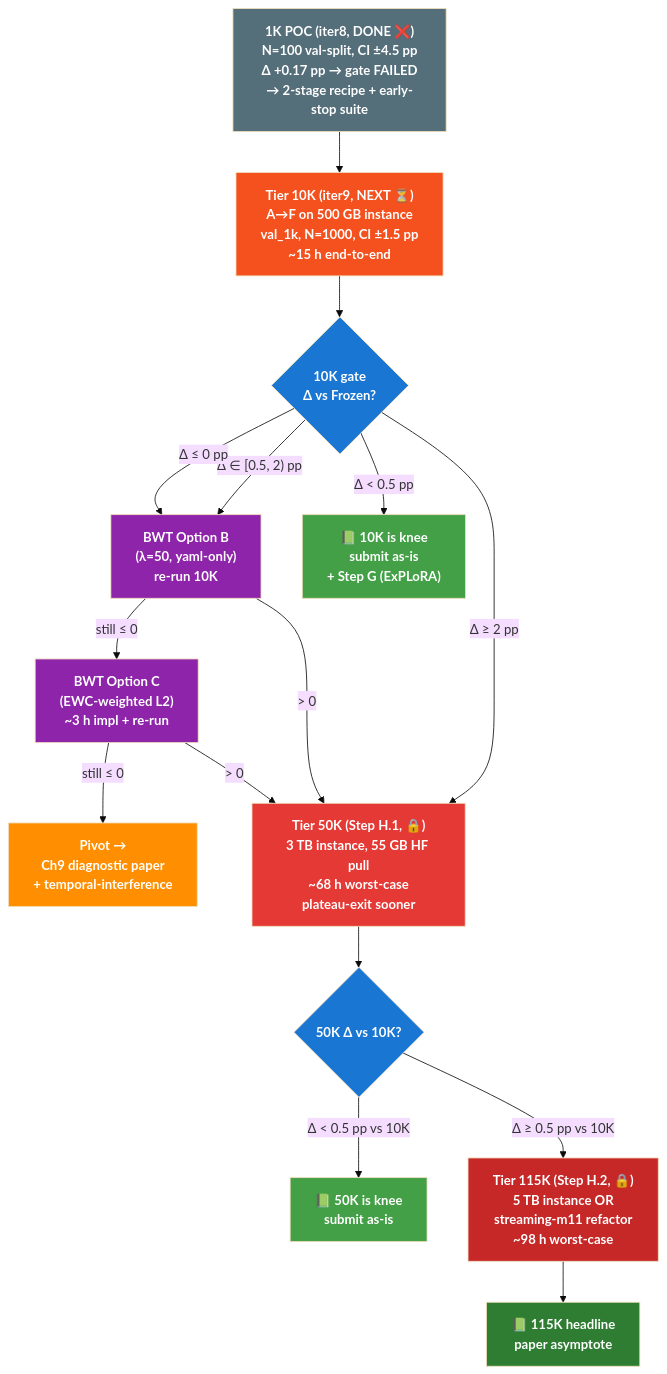
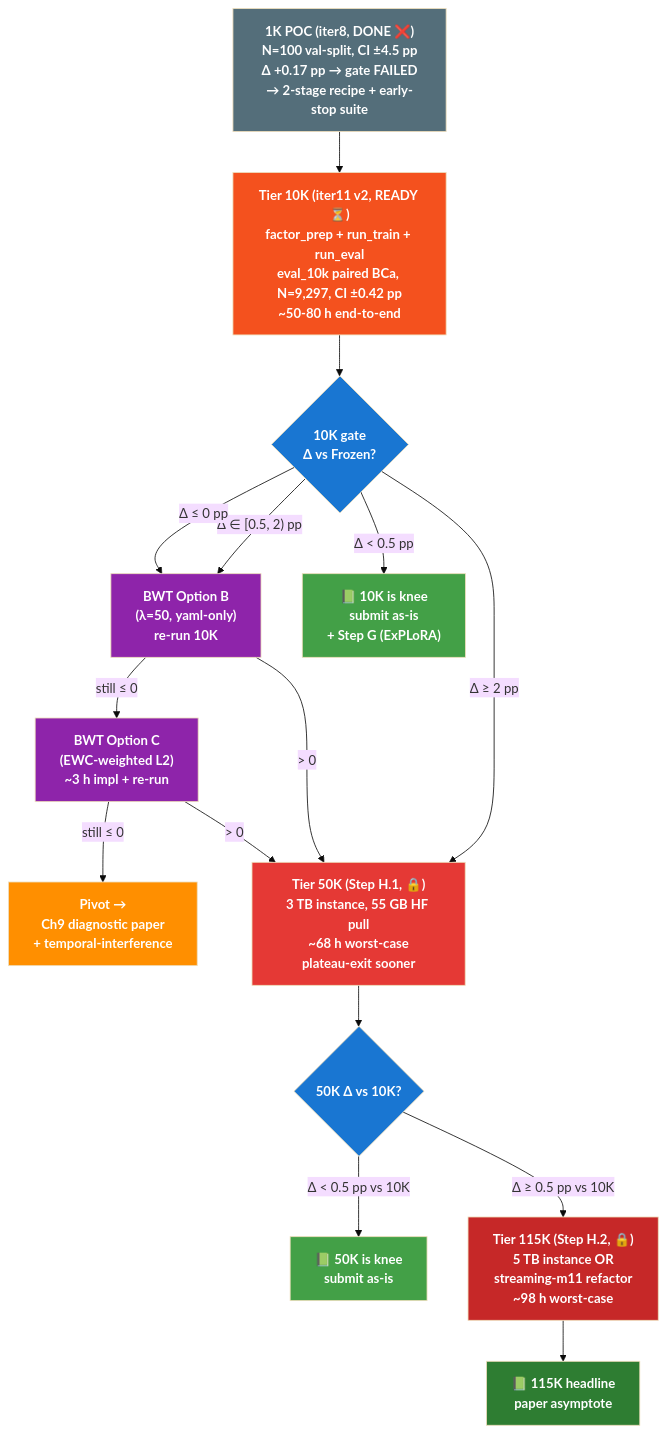
The fourth of 4 diagrams in iter/iter11/plan_training.md (kapilw25/factorjepa), drawn with Mermaid (base theme) before and after one commit. The commit also changed other lines of this file and 54 other files, not shown here.

````diff
--- a/iter/iter11/plan_training.md
+++ b/iter/iter11/plan_training.md
@@ -547,49 +553,49 @@
 ```mermaid
 flowchart TD
     POC1K["1K POC (iter8, DONE ❌)<br>N=100 val-split, CI ±4.5 pp<br>Δ +0.17 pp → gate FAILED<br>→ 2-stage recipe + early-stop suite"]
 
-    T10["Tier 10K (iter9, NEXT ⏳)<br>A→F on 500 GB instance<br>val_1k, N=1000, CI ±1.5 pp<br>~15 h end-to-end"]
+    T10["Tier 10K (iter11 v2, READY ⏳)<br>factor_prep + run_train + run_eval<br>eval_10k paired BCa, N=9,297, CI ±0.42 pp<br>~50-80 h end-to-end"]
 
     G10{"10K gate<br>Δ vs Frozen?"}
     BWT_B["BWT Option B<br>(λ=50, yaml-only)<br>re-run 10K"]
     BWT_C["BWT Option C<br>(EWC-weighted L2)<br>~3 h impl + re-run"]
     KNEE10["📗 10K is knee<br>submit as-is<br>+ Step G (ExPLoRA)"]
     PIVOT["Pivot →<br>Ch9 diagnostic paper<br>+ temporal-interference"]
 
     T50["Tier 50K (Step H.1, 🔒)<br>3 TB instance, 55 GB HF pull<br>~68 h worst-case<br>plateau-exit sooner"]
     G50{"50K Δ vs 10K?"}
     KNEE50["📗 50K is knee<br>submit as-is"]
 
     T115["Tier 115K (Step H.2, 🔒)<br>5 TB instance OR<br>streaming-m11 refactor<br>~98 h worst-case"]
     HEADLINE["📗 115K headline<br>paper asymptote"]
 
     POC1K --> T10
     T10 --> G10
     G10 -->|"Δ ≥ 2 pp"| T50
     G10 -->|"Δ ∈ [0.5, 2) pp"| BWT_B
     G10 -->|"Δ < 0.5 pp"| KNEE10
     G10 -->|"Δ ≤ 0 pp"| BWT_B
     BWT_B -->|"still ≤ 0"| BWT_C
     BWT_C -->|"still ≤ 0"| PIVOT
     BWT_B -->|"> 0"| T50
     BWT_C -->|"> 0"| T50
 
     T50 --> G50
     G50 -->|"Δ ≥ 0.5 pp vs 10K"| T115
     G50 -->|"Δ < 0.5 pp vs 10K"| KNEE50
 
     T115 --> HEADLINE
 
     style POC1K fill:#546e7a,color:#fff,font-weight:bold
     style T10 fill:#f4511e,color:#fff,font-weight:bold
     style T50 fill:#e53935,color:#fff,font-weight:bold
     style T115 fill:#c62828,color:#fff,font-weight:bold
     style G10 fill:#1976d2,color:#fff,font-weight:bold
     style G50 fill:#1976d2,color:#fff,font-weight:bold
     style BWT_B fill:#8e24aa,color:#fff,font-weight:bold
     style BWT_C fill:#8e24aa,color:#fff,font-weight:bold
     style KNEE10 fill:#43a047,color:#fff,font-weight:bold
     style KNEE50 fill:#43a047,color:#fff,font-weight:bold
     style HEADLINE fill:#2e7d32,color:#fff,font-weight:bold
     style PIVOT fill:#ff8f00,color:#fff,font-weight:bold
 ```
````
